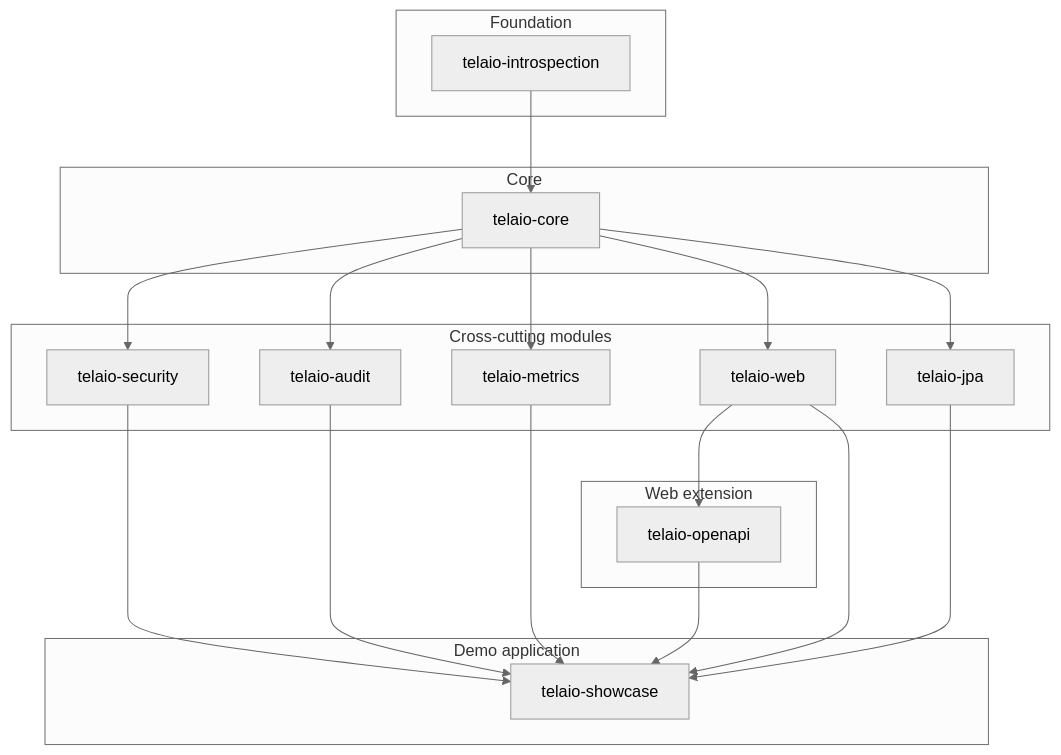
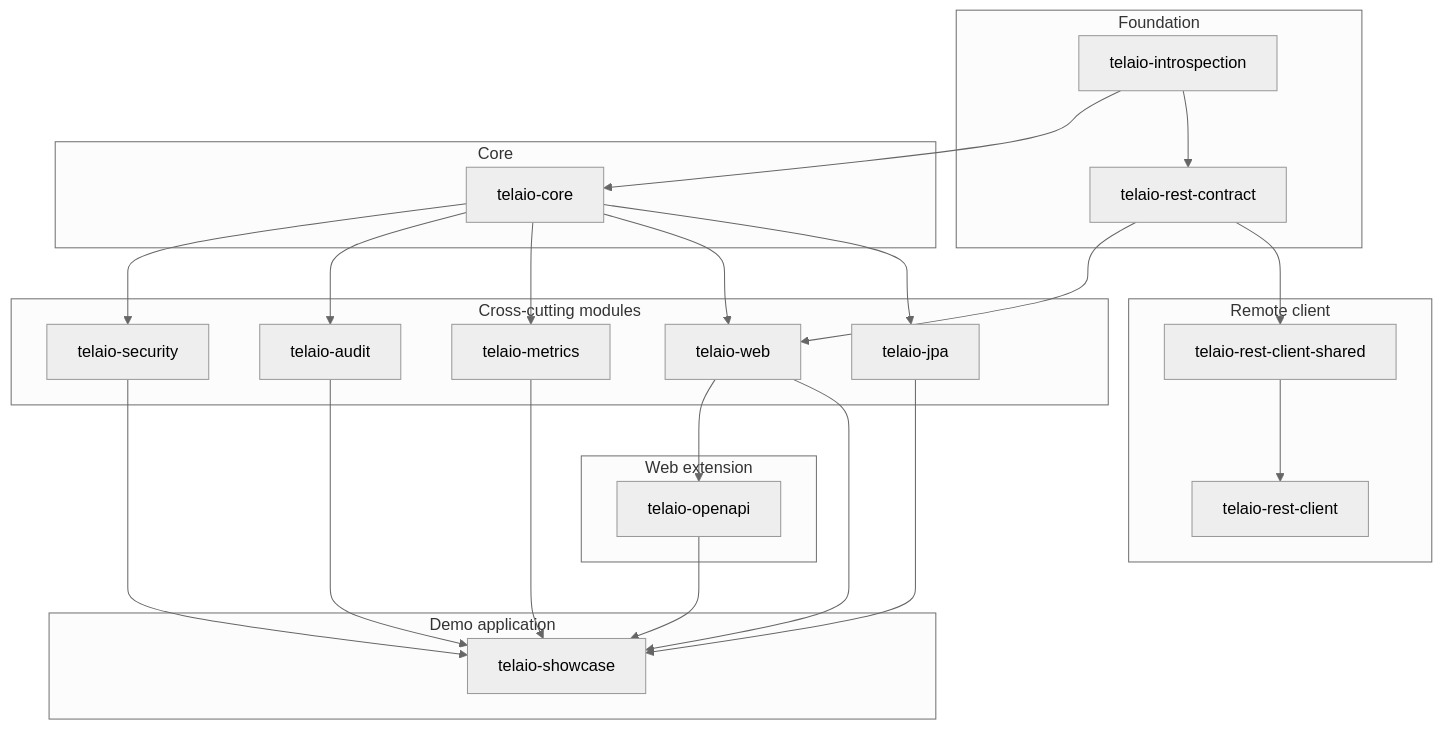
The diagram in README.md (marcopag90/telaio), drawn with Mermaid (neutral theme) before and after one commit. The commit also changed other lines of this file and 2 other files, not shown here.

Commit message:
docs: refresh README and guides for the rest-client

````diff
--- a/README.md
+++ b/README.md
@@ -310,36 +349,45 @@
 ```mermaid
 graph TD
     subgraph Foundation
         INTRO[telaio-introspection]
+        CONTRACT[telaio-rest-contract]
     end
     subgraph Core
         CORE[telaio-core]
     end
     subgraph "Cross-cutting modules"
         SEC[telaio-security]
         AUDIT[telaio-audit]
         METRICS[telaio-metrics]
         WEB[telaio-web]
         JPA[telaio-jpa]
     end
     subgraph "Web extension"
         OPENAPI[telaio-openapi]
     end
+    subgraph "Remote client"
+        CLIENTSHARED[telaio-rest-client-shared]
+        CLIENT[telaio-rest-client]
+    end
     subgraph "Demo application"
         SHOWCASE[telaio-showcase]
     end
 
     INTRO --> CORE
+    INTRO --> CONTRACT
+    CONTRACT --> WEB
+    CONTRACT --> CLIENTSHARED
+    CLIENTSHARED --> CLIENT
     CORE --> SEC
     CORE --> AUDIT
     CORE --> METRICS
     CORE --> WEB
     CORE --> JPA
     WEB --> OPENAPI
     SEC --> SHOWCASE
     AUDIT --> SHOWCASE
     METRICS --> SHOWCASE
     WEB --> SHOWCASE
     JPA --> SHOWCASE
     OPENAPI --> SHOWCASE
 ```
````
